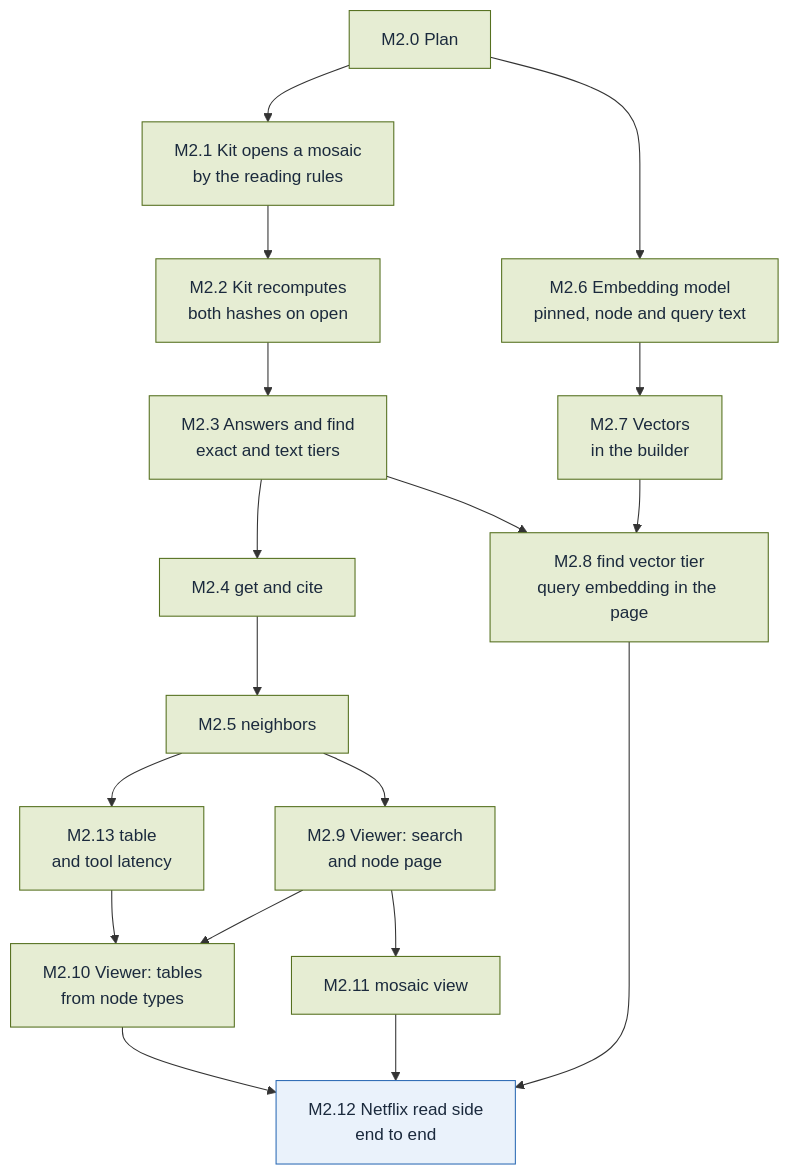
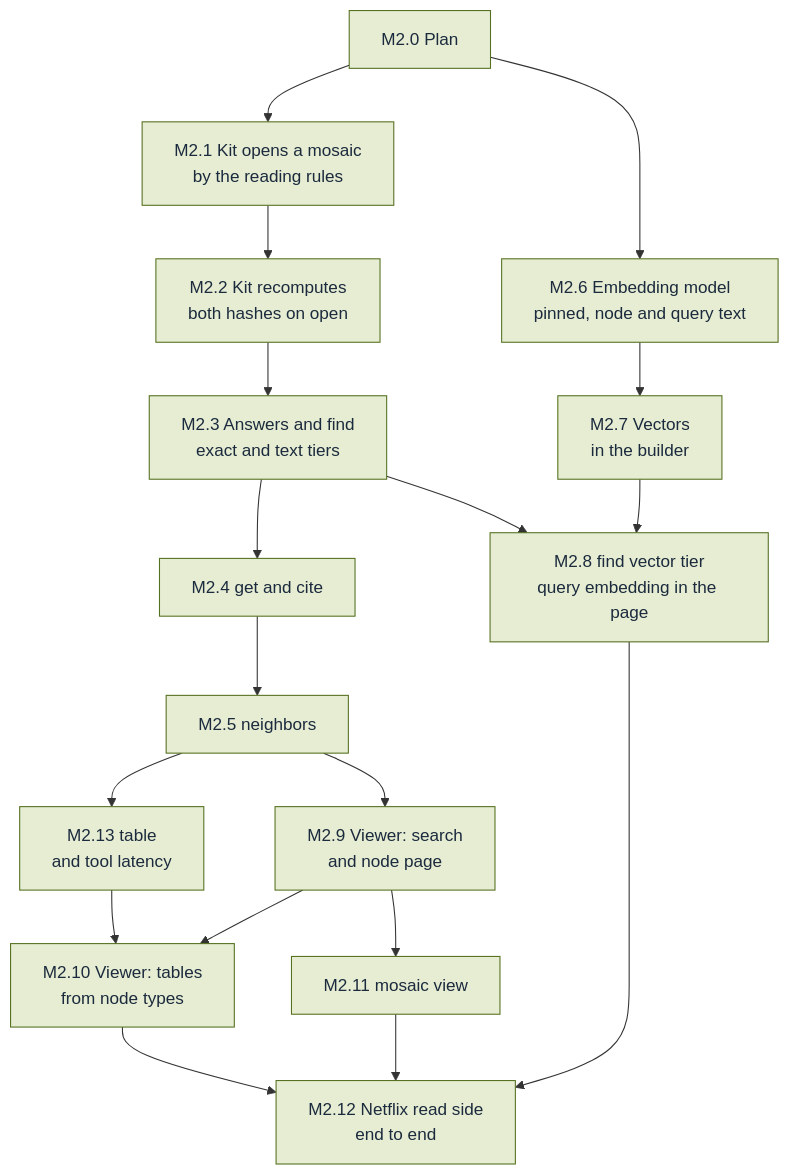
Before and after one commit to alcjor/Mosaic: the diagram in plan/M2.md, drawn with Mermaid. The commit also changed other lines of this file and 13 other files, not shown here.

````diff
--- a/plan/M2.md
+++ b/plan/M2.md
@@ -3,39 +3,38 @@
 ```mermaid
 flowchart TD
   M2_0["M2.0 Plan"]
   M2_1["M2.1 Kit opens a mosaic<br/>by the reading rules"]
   M2_2["M2.2 Kit recomputes<br/>both hashes on open"]
   M2_3["M2.3 Answers and find<br/>exact and text tiers"]
   M2_4["M2.4 get and cite"]
   M2_5["M2.5 neighbors"]
   M2_13["M2.13 table<br/>and tool latency"]
   M2_6["M2.6 Embedding model<br/>pinned, node and query text"]
   M2_7["M2.7 Vectors<br/>in the builder"]
   M2_8["M2.8 find vector tier<br/>query embedding in the page"]
   M2_9["M2.9 Viewer: search<br/>and node page"]
   M2_10["M2.10 Viewer: tables<br/>from node types"]
   M2_11["M2.11 mosaic view"]
   M2_12["M2.12 Netflix read side<br/>end to end"]
   M2_0 --> M2_1
   M2_1 --> M2_2
   M2_2 --> M2_3
   M2_3 --> M2_4
   M2_4 --> M2_5
   M2_5 --> M2_13
   M2_0 --> M2_6
   M2_6 --> M2_7
   M2_3 --> M2_8
   M2_7 --> M2_8
   M2_5 --> M2_9
   M2_9 --> M2_10
   M2_13 --> M2_10
   M2_9 --> M2_11
   M2_8 --> M2_12
   M2_10 --> M2_12
   M2_11 --> M2_12
   classDef done fill:#E6EDD3,stroke:#55701F,color:#1B2A3D
   classDef todo fill:#EAF2FB,stroke:#2F6DB5,color:#1B2A3D
   classDef parked fill:#FCEFCF,stroke:#F2B630,color:#1B2A3D
-  class M2_0,M2_1,M2_2,M2_3,M2_4,M2_5,M2_6,M2_7,M2_8,M2_9,M2_10,M2_11,M2_13 done
-  class M2_12 todo
+  class M2_0,M2_1,M2_2,M2_3,M2_4,M2_5,M2_6,M2_7,M2_8,M2_9,M2_10,M2_11,M2_12,M2_13 done
 ```
````
